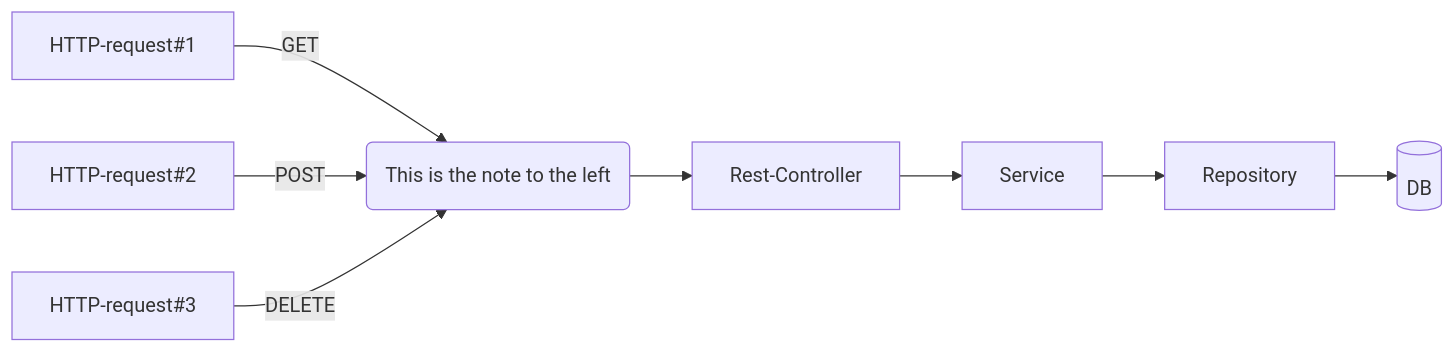
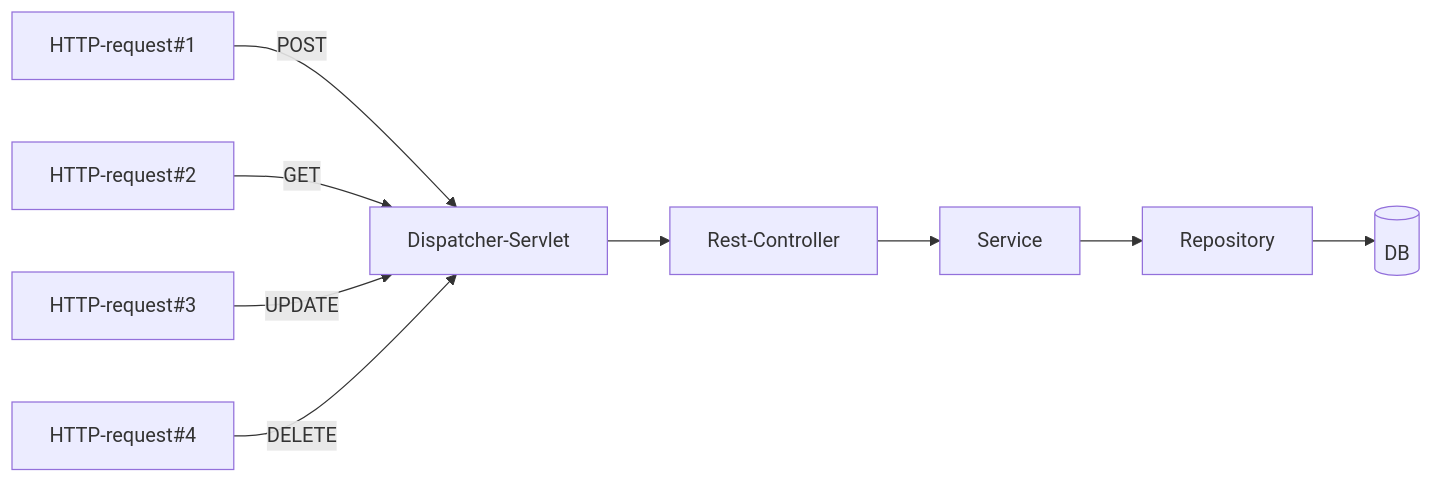
One commit to YuriiChukhrai/http-status-codes-demo changed the first of 2 diagrams in README.md. Above: the diagram before and after it, drawn with Mermaid. The commit also changed other lines of this file and 4 other files, not shown here.

````diff
--- a/README.md
+++ b/README.md
@@ -22,11 +11,11 @@
 ```mermaid
   graph LR;
-      HTTP-request#1--GET-->Dispatcher-Servlet;
-      HTTP-request#2--POST-->Dispatcher-Servlet;
-      HTTP-request#3--DELETE-->Dispatcher-Servlet;
+      HTTP-request#1--POST-->Dispatcher-Servlet;
+      HTTP-request#2--GET-->Dispatcher-Servlet;
+      HTTP-request#3--UPDATE-->Dispatcher-Servlet;
+      HTTP-request#4--DELETE-->Dispatcher-Servlet;
       Dispatcher-Servlet-->Rest-Controller;
       Rest-Controller-->Service;
       Service-->Repository;
       Repository-->DB[(DB)];
-      Dispatcher-Servlet(This is the note to the left);
 ```
````
